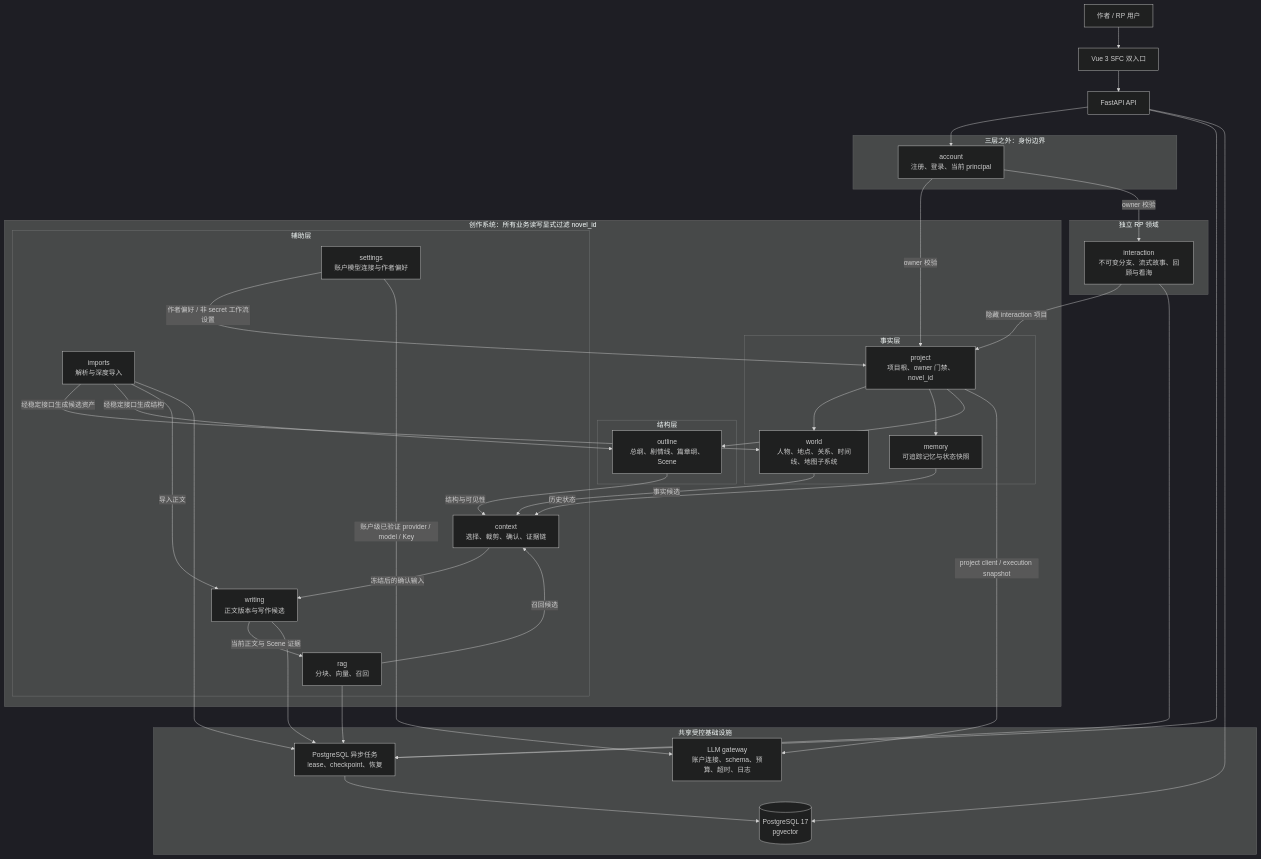
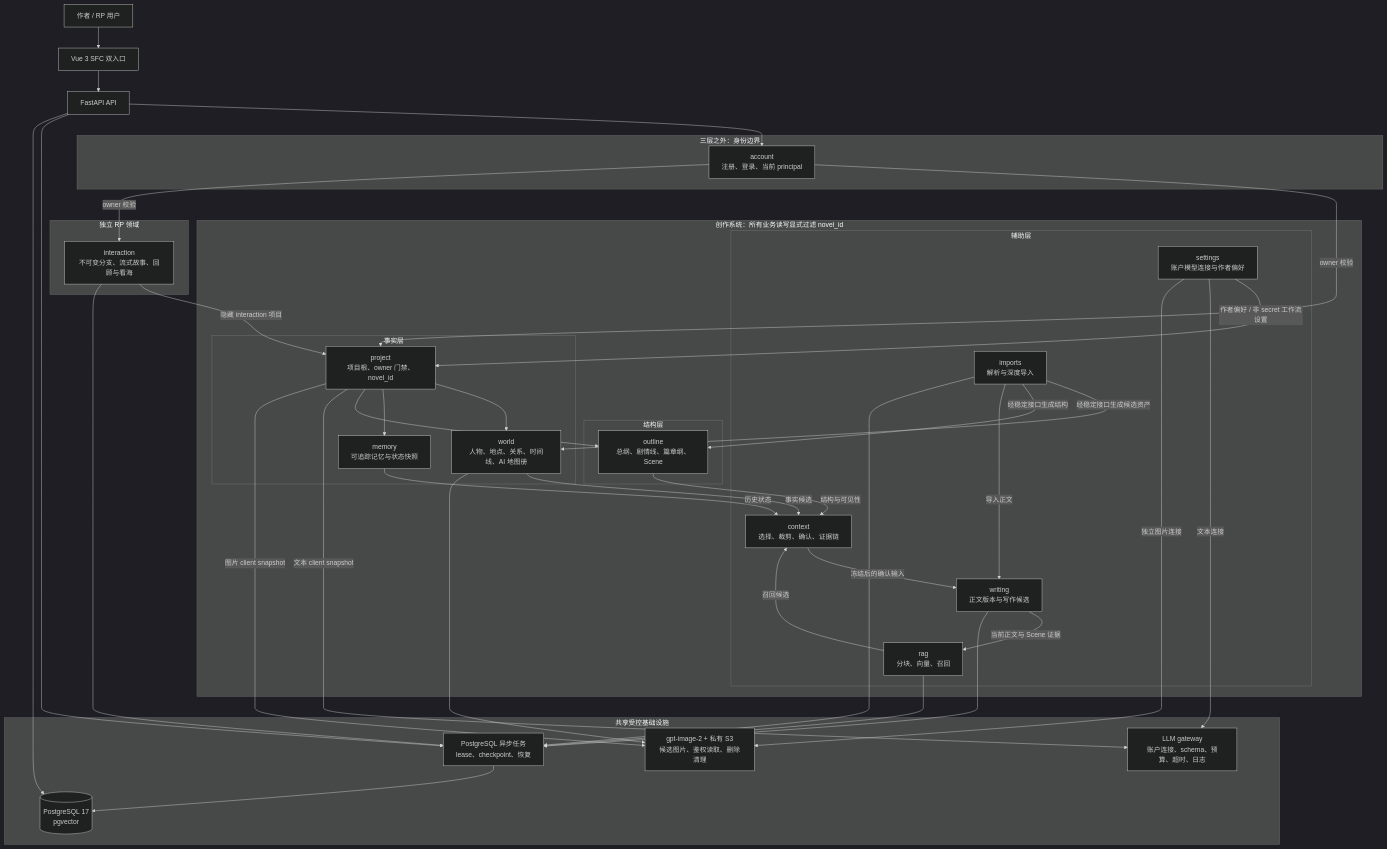
One commit to FengHuoLinShan/ai-writing-assist changed the third of 7 diagrams in README.md. Above: the diagram before and after it, drawn with Mermaid (dark theme). The commit also changed other lines of this file and 397 other files, not shown here.

````diff
--- a/README.md
+++ b/README.md
@@ -155,69 +155,73 @@
 ```mermaid
 flowchart TB
     User["作者 / RP 用户"] --> UI["Vue 3 SFC 双入口"]
     UI --> API["FastAPI API"]
 
     subgraph Identity["三层之外：身份边界"]
         Account["account<br/>注册、登录、当前 principal"]
     end
 
     API --> Account
 
     subgraph Creative["创作系统：所有业务读写显式过滤 novel_id"]
         subgraph Facts["事实层"]
             Project["project<br/>项目根、owner 门禁、novel_id"]
-            World["world<br/>人物、地点、关系、时间线、地图子系统"]
+            World["world<br/>人物、地点、关系、时间线、AI 地图册"]
             Memory["memory<br/>可追踪记忆与状态快照"]
         end
 
         subgraph Structure["结构层"]
             Outline["outline<br/>总纲、剧情线、篇章纲、Scene"]
         end
 
         subgraph Support["辅助层"]
             Imports["imports<br/>解析与深度导入"]
             RAG["rag<br/>分块、向量、召回"]
             Context["context<br/>选择、裁剪、确认、证据链"]
             Writing["writing<br/>正文版本与写作候选"]
             Settings["settings<br/>账户模型连接与作者偏好"]
         end
     end
 
     subgraph RP["独立 RP 领域"]
         Interaction["interaction<br/>不可变分支、流式故事、回顾与看海"]
     end
 
     Account -->|"owner 校验"| Project
     Account -->|"owner 校验"| Interaction
     Interaction -->|"隐藏 interaction 项目"| Project
     Project --> World
     Project --> Memory
     Project --> Outline
 
     Writing -->|"当前正文与 Scene 证据"| RAG
     World -->|"事实候选"| Context
     Memory -->|"历史状态"| Context
     Outline -->|"结构与可见性"| Context
     RAG -->|"召回候选"| Context
     Context -->|"冻结后的确认输入"| Writing
     Imports -->|"经稳定接口生成候选资产"| World
     Imports -->|"经稳定接口生成结构"| Outline
     Imports -->|"导入正文"| Writing
     Settings -->|"作者偏好 / 非 secret 工作流设置"| Project
 
     subgraph Platform["共享受控基础设施"]
         Tasks["PostgreSQL 异步任务<br/>lease、checkpoint、恢复"]
         LLM["LLM gateway<br/>账户连接、schema、预算、超时、日志"]
+        Images["gpt-image-2 + 私有 S3<br/>候选图片、鉴权读取、删除清理"]
         DB[("PostgreSQL 17<br/>pgvector")]
     end
 
     API --> Tasks
     Imports --> Tasks
     RAG --> Tasks
     Writing --> Tasks
     Interaction --> Tasks
-    Settings -->|"账户级已验证 provider / model / Key"| LLM
-    Project -->|"project client / execution snapshot"| LLM
+    Settings -->|"文本连接"| LLM
+    Settings -->|"独立图片连接"| Images
+    Project -->|"文本 client snapshot"| LLM
+    Project -->|"图片 client snapshot"| Images
+    World --> Images
     API --> DB
     Tasks --> DB
 ```
````
